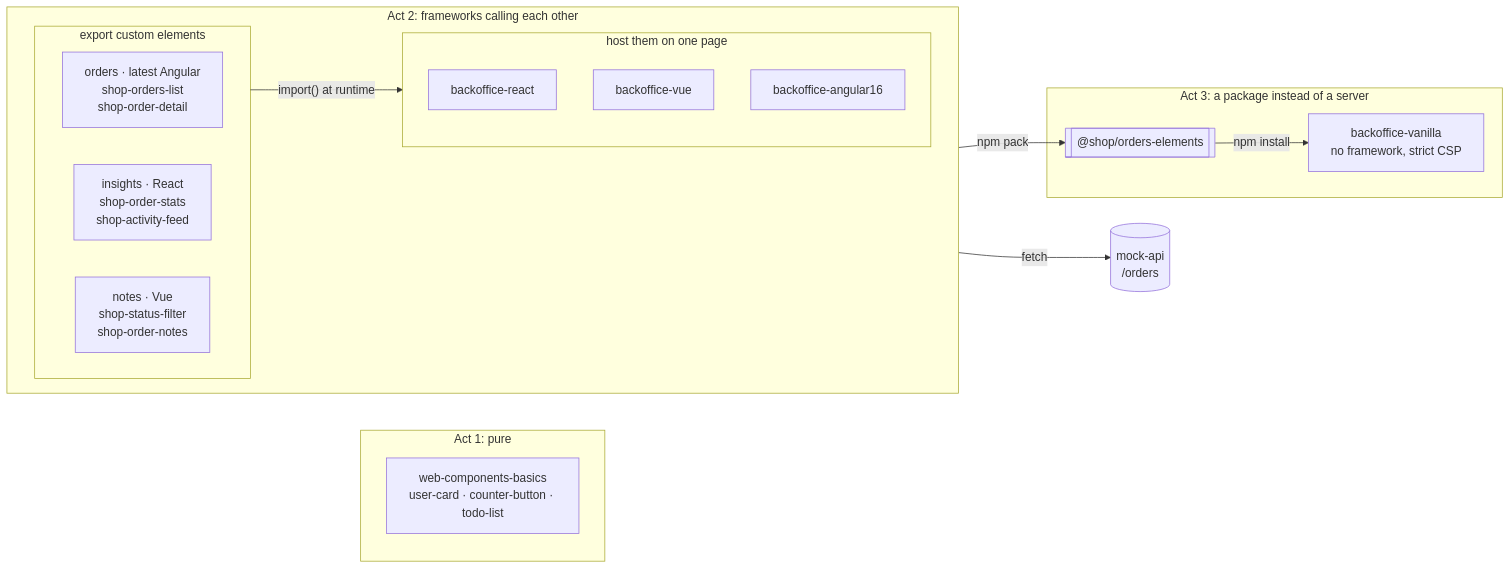
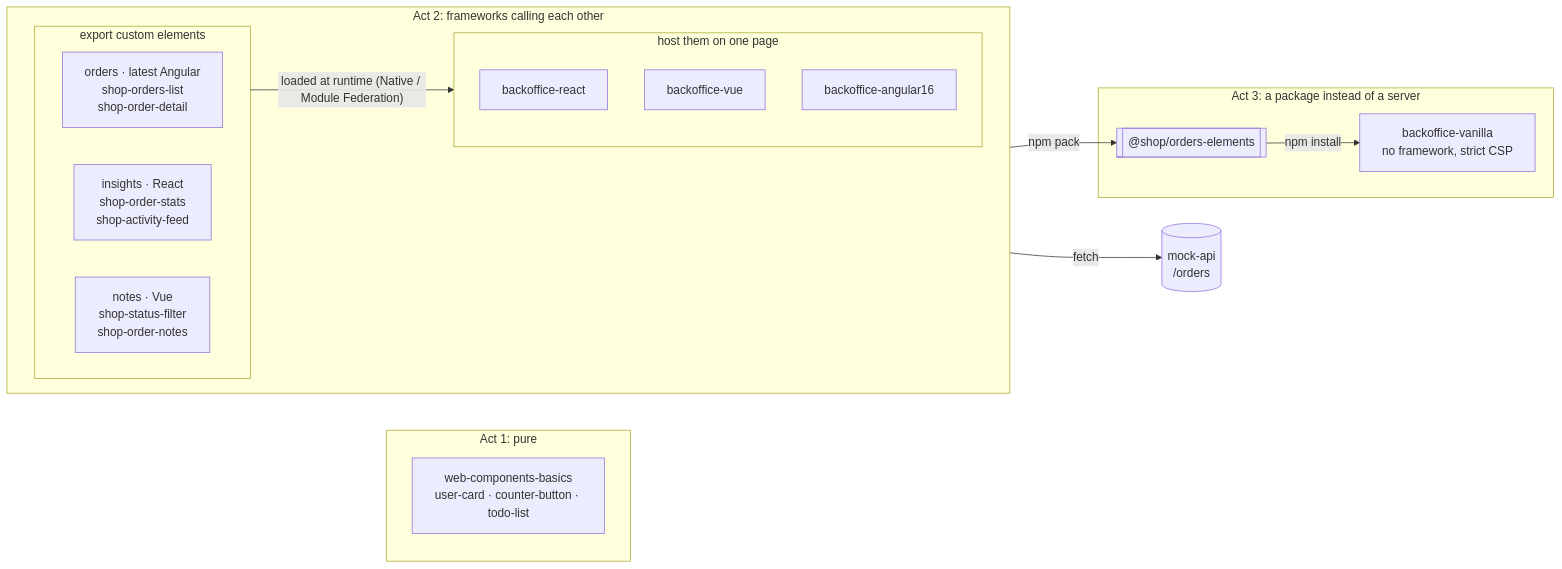
The diagram in README.md (IliasEfth/Web-Components), drawn with Mermaid before and after one commit. The commit also changed other lines of this file and 39 other files, not shown here.

First line of the commit message:
feat(insights): React app with its components as web components, shared with Module Federation

````diff
--- a/README.md
+++ b/README.md
@@ -61,31 +61,31 @@
 ```mermaid
 flowchart LR
   subgraph act1[Act 1: pure]
     basics[web-components-basics<br/>user-card · counter-button · todo-list]
   end
 
   subgraph act2[Act 2: frameworks calling each other]
     direction LR
     subgraph remotes[export custom elements]
       orders[orders · latest Angular<br/>shop-orders-list<br/>shop-order-detail]
       insights[insights · React<br/>shop-order-stats<br/>shop-activity-feed]
       notes[notes · Vue<br/>shop-status-filter<br/>shop-order-notes]
     end
     subgraph shells[host them on one page]
       react[backoffice-react]
       vue[backoffice-vue]
       ng16[backoffice-angular16]
     end
-    remotes -- "import() at runtime" --> shells
+    remotes -- "loaded at runtime (Native / Module Federation)" --> shells
   end
 
   subgraph act3[Act 3: a package instead of a server]
     pkg[["@shop/orders-elements"]]
     vanilla[backoffice-vanilla<br/>no framework, strict CSP]
     pkg -- "npm install" --> vanilla
   end
 
   orders -- "npm pack" --> pkg
   api[(mock-api<br/>/orders)]
   remotes -- fetch --> api
 ```
````
